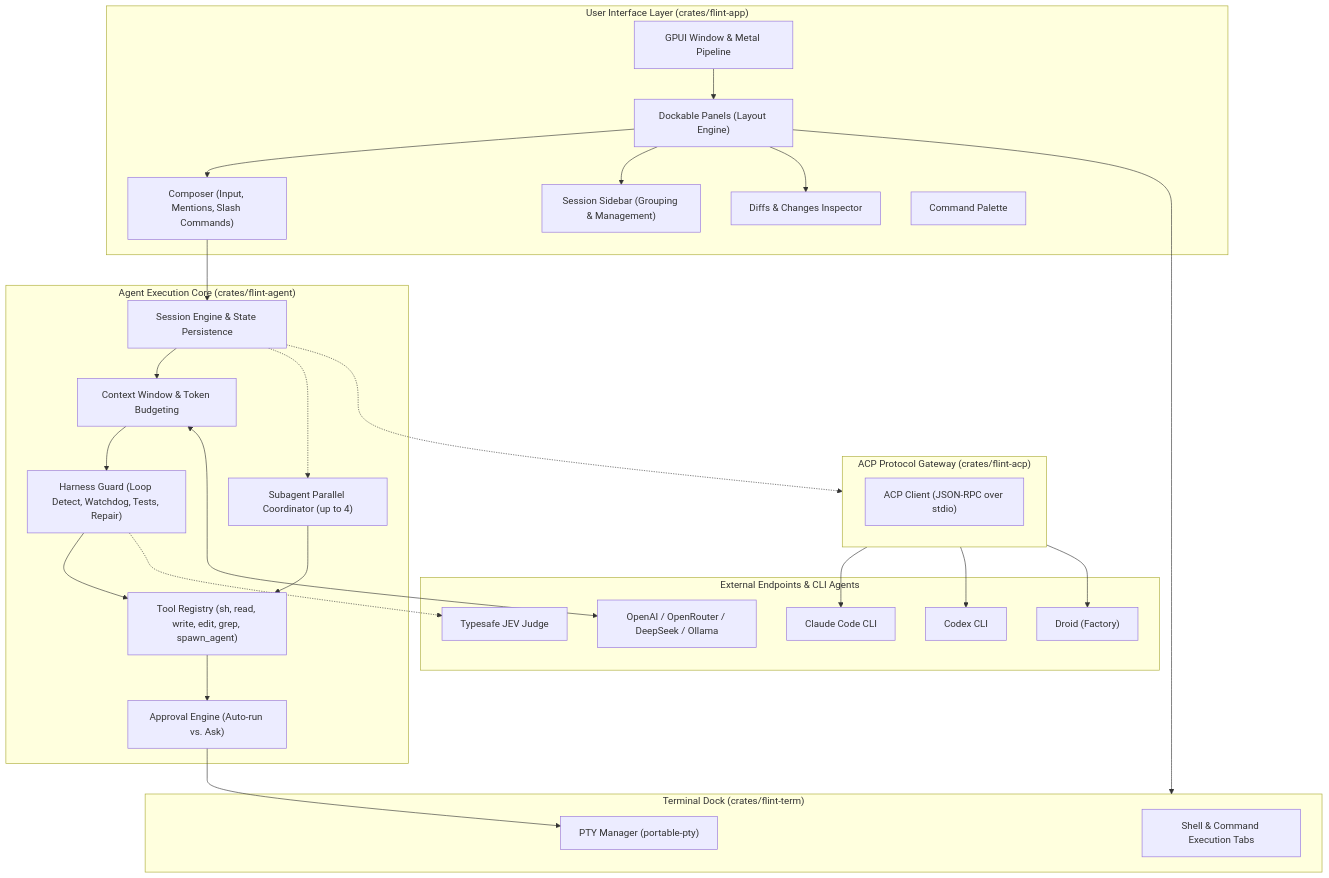
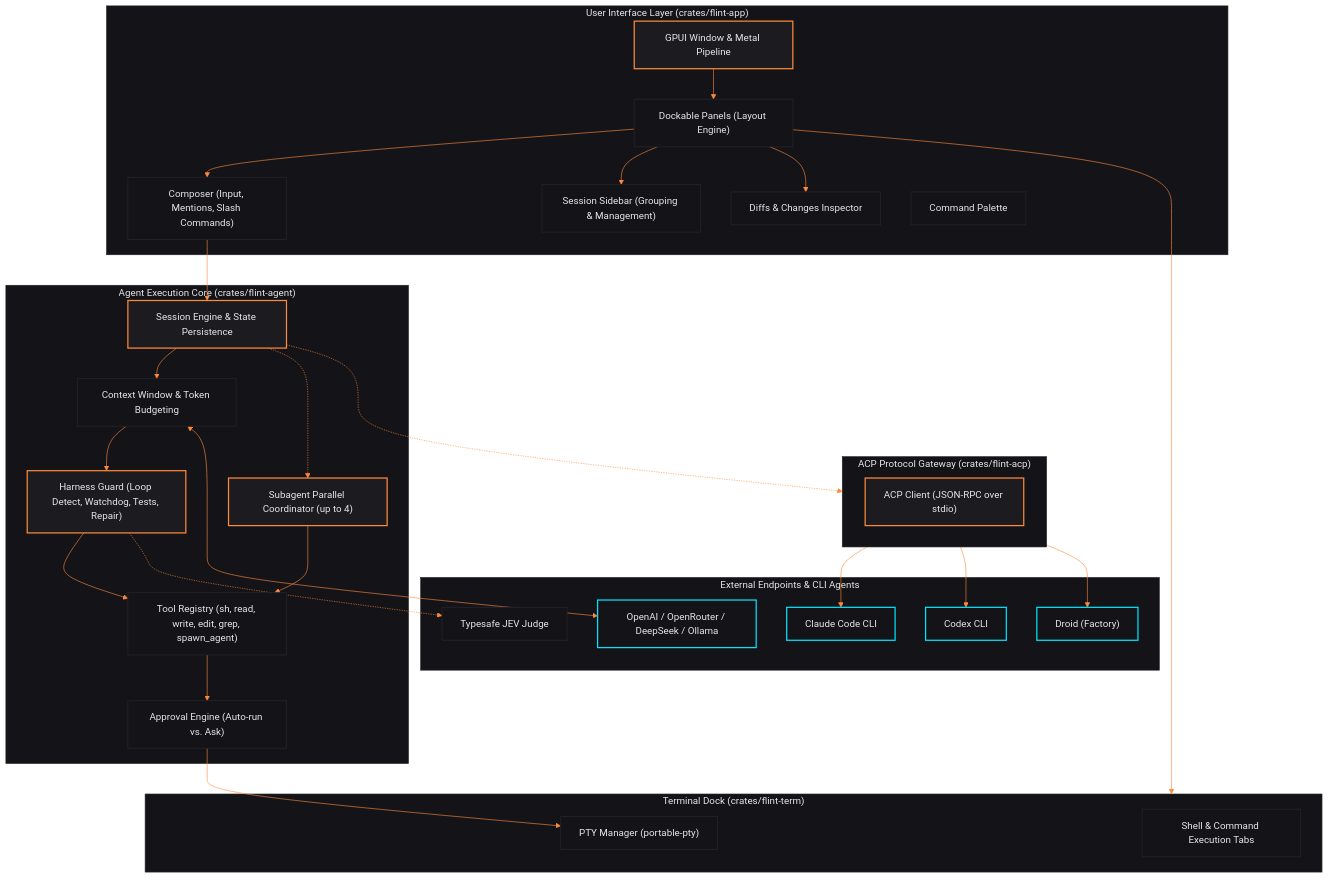
One commit to DevvGwardo/flint changed the first of 5 diagrams in docs/ARCHITECTURE.md. Above: the diagram before and after it, drawn with Mermaid. The commit also changed other lines of this file and 1 other file, not shown here.

Commit message:
docs: apply Hermes brand styling and themes to all Mermaid diagrams

````diff
--- a/docs/ARCHITECTURE.md
+++ b/docs/ARCHITECTURE.md
@@ -22,5 +22,28 @@
 ```mermaid
+%%{init: {
+  'theme': 'base',
+  'themeVariables': {
+    'darkMode': true,
+    'primaryColor': '#1b1b20',
+    'primaryTextColor': '#e7e7ea',
+    'primaryBorderColor': '#ff8a3d',
+    'lineColor': '#ff8a3d',
+    'secondaryColor': '#141418',
+    'tertiaryColor': '#0e0e10',
+    'mainBkg': '#141418',
+    'nodeBorder': '#ff8a3d',
+    'clusterBkg': '#141418',
+    'clusterBorder': '#222228',
+    'defaultLinkColor': '#ff8a3d',
+    'titleColor': '#e7e7ea',
+    'edgeLabelBackground': '#1b1b20'
+  }
+}}%%
 graph TD
+    classDef default fill:#141418,stroke:#222228,stroke-width:1.5px,color:#e7e7ea;
+    classDef ember fill:#1b1b20,stroke:#ff8a3d,stroke-width:2px,color:#e7e7ea;
+    classDef cyan fill:#141418,stroke:#00e5ff,stroke-width:2px,color:#e7e7ea;
+
     subgraph UI ["User Interface Layer (crates/flint-app)"]
         Window["GPUI Window & Metal Pipeline"]
         Composer["Composer (Input, Mentions, Slash Commands)"]
@@ -79,4 +102,7 @@
 
     ContextMgr <--> OpenAI
     Guard -.-> JEV
+
+    class Window,SessionMgr,Guard,SubagentOrch,ACPClient ember;
+    class ClaudeCode,CodexCLI,DroidCLI,OpenAI cyan;
 ```
````
